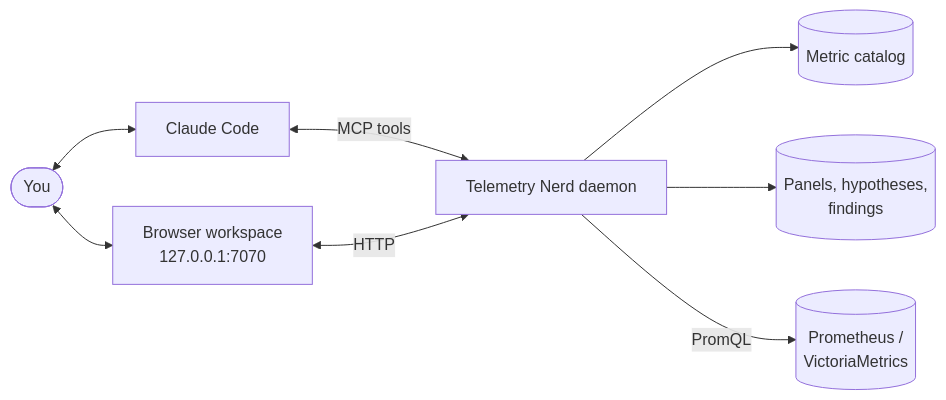
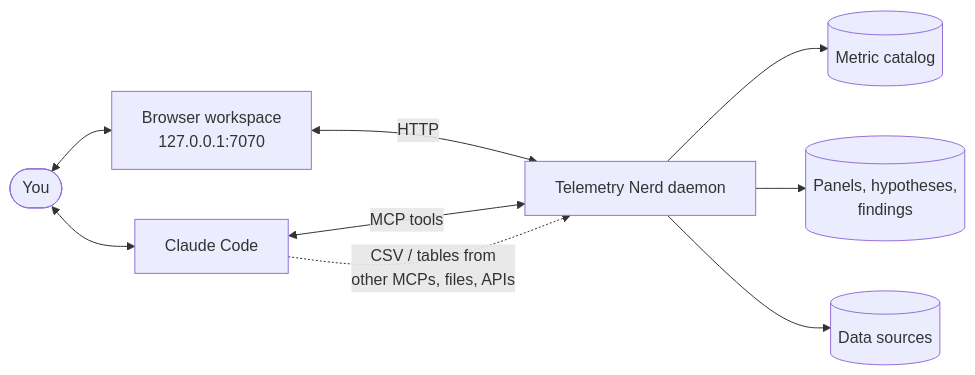
The diagram in docs/intro-presentation/slides.md (Fewbytes/telemetry-nerd), drawn with Mermaid before and after one commit. The commit also changed other lines of this file, not shown here.

Commit message:
docs(deck): not just Prometheus — list sources, Grafana front door, CSV via MCP

````diff
--- a/docs/intro-presentation/slides.md
+++ b/docs/intro-presentation/slides.md
@@ -396,10 +399,11 @@
 ```mermaid
 flowchart LR
   you([You]) <--> ui[Browser workspace<br/>127.0.0.1:7070]
   you <--> claude[Claude Code]
   claude <-->|MCP tools| tn[Telemetry Nerd daemon]
   ui <-->|HTTP| tn
   tn --> cat[(Metric catalog)]
   tn --> ws[(Panels, hypotheses,<br/>findings)]
-  tn -->|PromQL| src[(Prometheus /<br/>VictoriaMetrics)]
+  tn --> src[(Data sources)]
+  claude -.->|CSV / tables from<br/>other MCPs, files, APIs| tn
 ```
````
